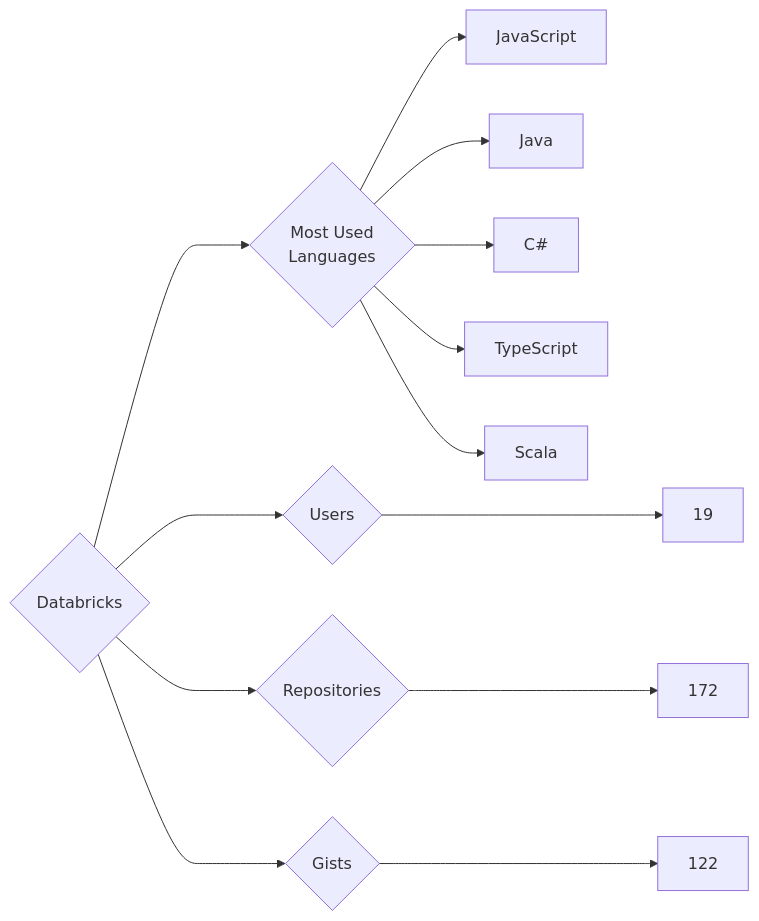
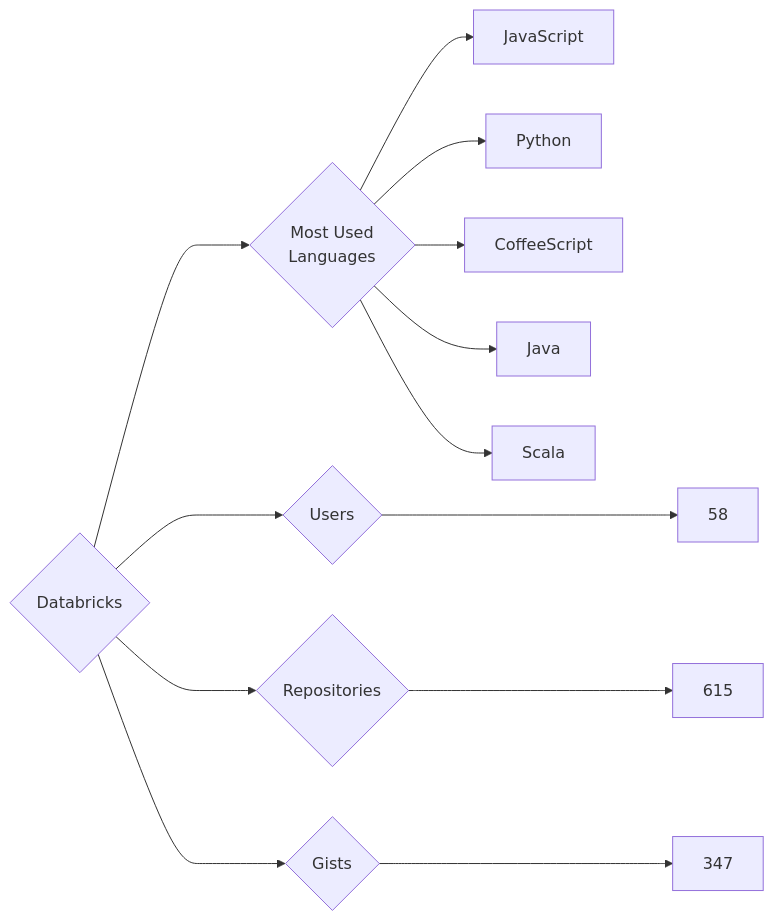
Before and after one commit to trickest/insiders: the diagram in targets/Databricks/README.md, drawn with Mermaid. The commit also changed 973 other files, not shown here.

````diff
--- a/targets/Databricks/README.md
+++ b/targets/Databricks/README.md
@@ -3,13 +3,13 @@
 ```mermaid
 graph LR
 COMPANY_NAME{Databricks}
-COMPANY_NAME ---> U{Users} ---> UN[19]
-COMPANY_NAME ---> R{Repositories} ---> RN[172]
-COMPANY_NAME ---> G{Gists} ---> GN[122]
+COMPANY_NAME ---> U{Users} ---> UN[58]
+COMPANY_NAME ---> R{Repositories} ---> RN[615]
+COMPANY_NAME ---> G{Gists} ---> GN[347]
 COMPANY_NAME ---> ML{Most Used<br>Languages}
 ML --> JavaScript[JavaScript]
+ML --> Python[Python]
+ML --> CoffeeScript[CoffeeScript]
 ML --> Java[Java]
-ML --> C#[C#]
-ML --> TypeScript[TypeScript]
 ML --> Scala[Scala]
 ```
````
